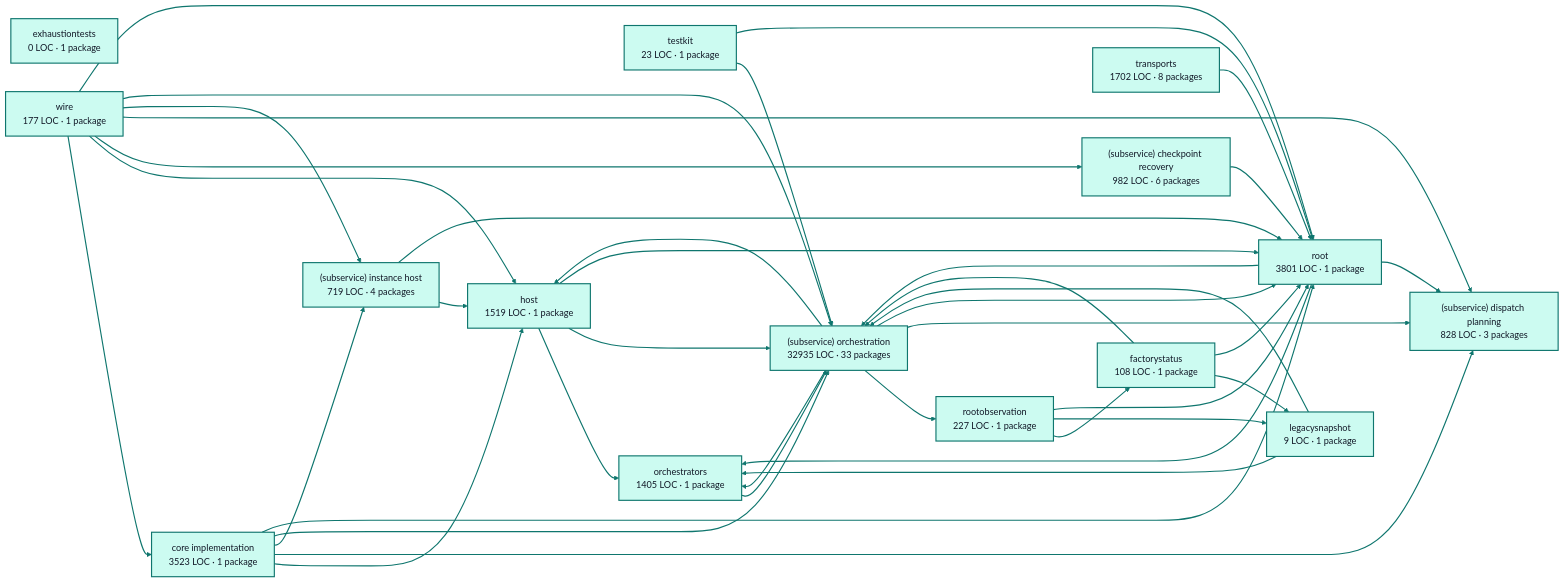
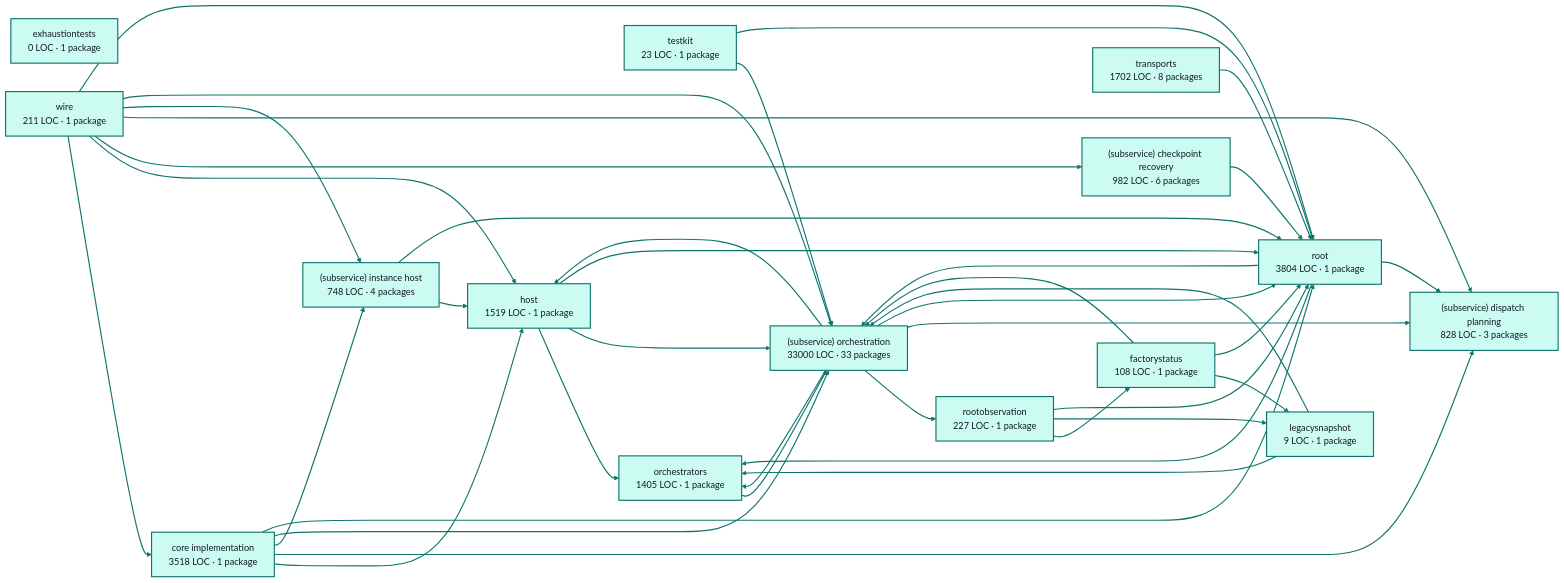
One commit to portpowered/you-agent-factory changed the diagram in docs/architecture/visualizations/services/factory_runtime.md. Above: the diagram before and after it, drawn with Mermaid. The commit also changed other lines of this file and 20 other files, not shown here.

Commit message:
docs: refresh backend architecture visualizations

````diff
--- a/docs/architecture/visualizations/services/factory_runtime.md
+++ b/docs/architecture/visualizations/services/factory_runtime.md
@@ -11,72 +11,72 @@
 ```mermaid
 flowchart LR
-  p0["core implementation<br/>3523 LOC · 1 package"]
+  p0["core implementation<br/>3518 LOC · 1 package"]
   p1["exhaustiontests<br/>0 LOC · 1 package"]
   p2["factorystatus<br/>108 LOC · 1 package"]
   p3["host<br/>1519 LOC · 1 package"]
   p4["legacysnapshot<br/>9 LOC · 1 package"]
   p5["orchestrators<br/>1405 LOC · 1 package"]
   p6["rootobservation<br/>227 LOC · 1 package"]
   p7["(subservice) checkpoint recovery<br/>982 LOC · 6 packages"]
   p8["(subservice) dispatch planning<br/>828 LOC · 3 packages"]
-  p9["(subservice) instance host<br/>719 LOC · 4 packages"]
-  p10["(subservice) orchestration<br/>32935 LOC · 33 packages"]
+  p9["(subservice) instance host<br/>748 LOC · 4 packages"]
+  p10["(subservice) orchestration<br/>33000 LOC · 33 packages"]
   p11["testkit<br/>23 LOC · 1 package"]
-  p12["root<br/>3801 LOC · 1 package"]
+  p12["root<br/>3804 LOC · 1 package"]
   p13["transports<br/>1702 LOC · 8 packages"]
-  p14["wire<br/>177 LOC · 1 package"]
+  p14["wire<br/>211 LOC · 1 package"]
   p0 --> p3
   p0 --> p8
   p0 --> p9
   p0 --> p10
   p0 --> p12
   p2 --> p4
   p2 --> p10
   p2 --> p12
   p3 --> p5
   p3 --> p10
   p3 --> p12
   p4 --> p5
   p4 --> p10
   p5 --> p10
   p6 --> p2
   p6 --> p4
   p6 --> p12
   p7 --> p12
   p9 --> p3
   p9 --> p12
   p10 --> p3
   p10 --> p5
   p10 --> p6
   p10 --> p8
   p10 --> p12
   p11 --> p10
   p11 --> p12
   p12 --> p5
   p12 --> p8
   p12 --> p10
   p13 --> p12
   p14 --> p0
   p14 --> p3
   p14 --> p7
   p14 --> p8
   p14 --> p9
   p14 --> p10
   p14 --> p12
   style p0 fill:#ccfbf1,stroke:#0f766e,stroke-width:2px,color:#111827
   style p1 fill:#ccfbf1,stroke:#0f766e,stroke-width:2px,color:#111827
   style p2 fill:#ccfbf1,stroke:#0f766e,stroke-width:2px,color:#111827
   style p3 fill:#ccfbf1,stroke:#0f766e,stroke-width:2px,color:#111827
   style p4 fill:#ccfbf1,stroke:#0f766e,stroke-width:2px,color:#111827
   style p5 fill:#ccfbf1,stroke:#0f766e,stroke-width:2px,color:#111827
   style p6 fill:#ccfbf1,stroke:#0f766e,stroke-width:2px,color:#111827
   style p7 fill:#ccfbf1,stroke:#0f766e,stroke-width:2px,color:#111827
   style p8 fill:#ccfbf1,stroke:#0f766e,stroke-width:2px,color:#111827
   style p9 fill:#ccfbf1,stroke:#0f766e,stroke-width:2px,color:#111827
   style p10 fill:#ccfbf1,stroke:#0f766e,stroke-width:2px,color:#111827
   style p11 fill:#ccfbf1,stroke:#0f766e,stroke-width:2px,color:#111827
   style p12 fill:#ccfbf1,stroke:#0f766e,stroke-width:2px,color:#111827
   style p13 fill:#ccfbf1,stroke:#0f766e,stroke-width:2px,color:#111827
   style p14 fill:#ccfbf1,stroke:#0f766e,stroke-width:2px,color:#111827
   linkStyle default stroke:#0f766e,stroke-width:2px
 ```
````
